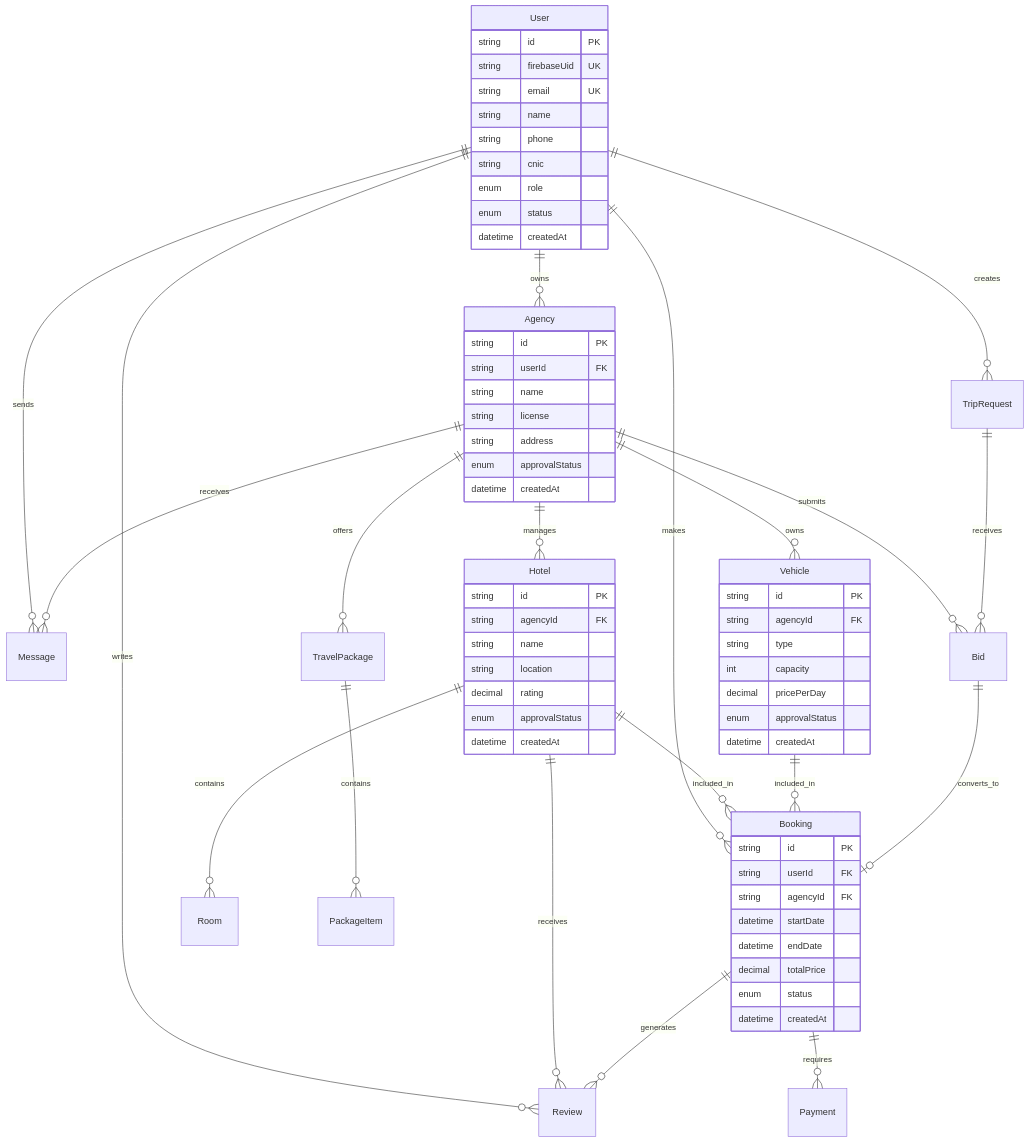
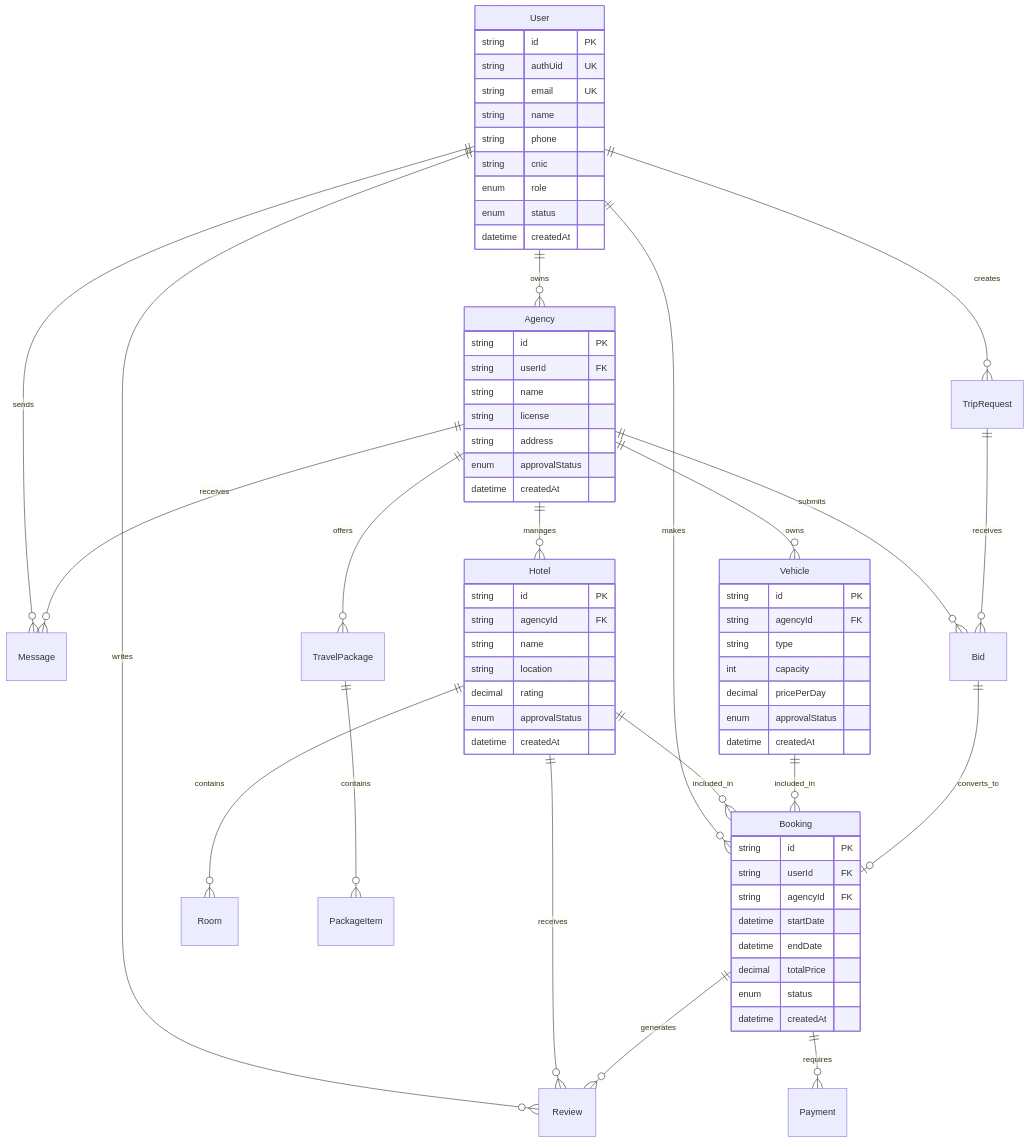
The seventh of 11 diagrams in docs/ARCHITECTURE.md (AbuZar-Babar/TrekPal), drawn with Mermaid before and after one commit. The commit also changed other lines of this file and 50 other files, not shown here.

````diff
--- a/docs/ARCHITECTURE.md
+++ b/docs/ARCHITECTURE.md
@@ -345,82 +345,82 @@
 ```mermaid
 erDiagram
     User ||--o{ Agency : owns
     User ||--o{ TripRequest : creates
     User ||--o{ Booking : makes
     User ||--o{ Review : writes
     User ||--o{ Message : sends
     
     Agency ||--o{ Hotel : manages
     Agency ||--o{ Vehicle : owns
     Agency ||--o{ TravelPackage : offers
     Agency ||--o{ Bid : submits
     Agency ||--o{ Message : receives
     
     Hotel ||--o{ Room : contains
     Hotel ||--o{ Review : receives
     Hotel ||--o{ Booking : included_in
     
     Vehicle ||--o{ Booking : included_in
     
     TravelPackage ||--o{ PackageItem : contains
     
     TripRequest ||--o{ Bid : receives
     
     Bid ||--o| Booking : converts_to
     
     Booking ||--o{ Review : generates
     Booking ||--o{ Payment : requires
     
     User {
         string id PK
-        string firebaseUid UK
+        string authUid UK
         string email UK
         string name
         string phone
         string cnic
         enum role
         enum status
         datetime createdAt
     }
     
     Agency {
         string id PK
         string userId FK
         string name
         string license
         string address
         enum approvalStatus
         datetime createdAt
     }
     
     Hotel {
         string id PK
         string agencyId FK
         string name
         string location
         decimal rating
         enum approvalStatus
         datetime createdAt
     }
     
     Vehicle {
         string id PK
         string agencyId FK
         string type
         int capacity
         decimal pricePerDay
         enum approvalStatus
         datetime createdAt
     }
     
     Booking {
         string id PK
         string userId FK
         string agencyId FK
         datetime startDate
         datetime endDate
         decimal totalPrice
         enum status
         datetime createdAt
     }
 ```
````
